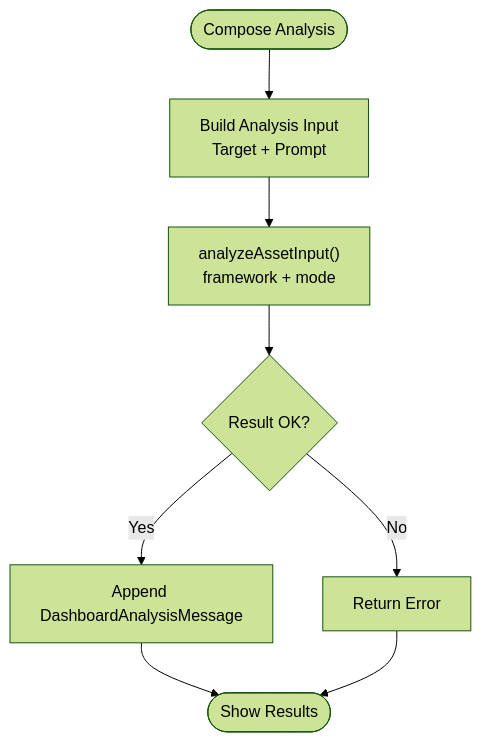
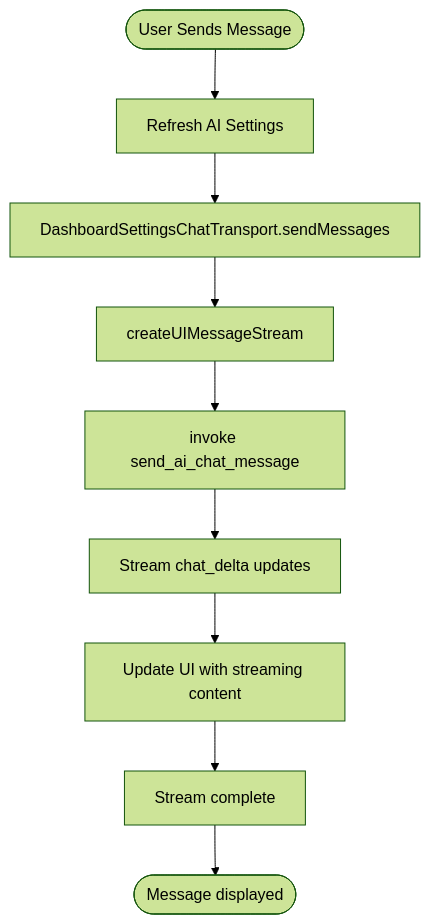
Before and after one commit to arhamymr/hexbuffer: the fifth of 11 diagrams in .qoder/repowiki/en/content/AI Integration/AI Integration.md, drawn with Mermaid (forest theme). The commit also changed other lines of this file and 21 other files, not shown here.

````diff
--- a/.qoder/repowiki/en/content/AI Integration/AI Integration.md
+++ b/.qoder/repowiki/en/content/AI Integration/AI Integration.md
@@ -213,10 +327,11 @@
 ```mermaid
 flowchart TD
-Start(["Compose Analysis"]) --> Build["Build Analysis Input<br/>Target + Prompt"]
-Build --> Analyze["analyzeAssetInput()<br/>framework + mode"]
-Analyze --> Result{"Result OK?"}
-Result --> |Yes| Append["Append DashboardAnalysisMessage"]
-Result --> |No| Error["Return Error"]
-Append --> End(["Show Results"])
-Error --> End
+Start(["User Sends Message"]) --> LoadSettings["Refresh AI Settings"]
+LoadSettings --> Transport["DashboardSettingsChatTransport.sendMessages"]
+Transport --> CreateStream["createUIMessageStream"]
+CreateStream --> InvokeEngine["invoke send_ai_chat_message"]
+InvokeEngine --> StreamDelta["Stream chat_delta updates"]
+StreamDelta --> UpdateUI["Update UI with streaming content"]
+UpdateUI --> Finish["Stream complete"]
+Finish --> End(["Message displayed"])
 ```
````
